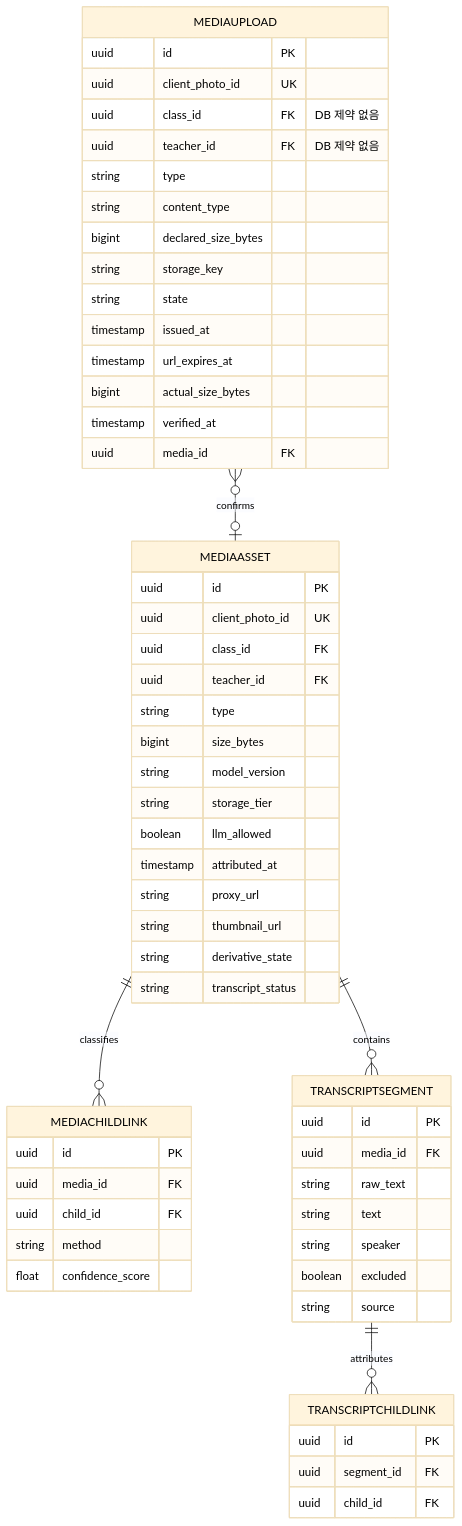
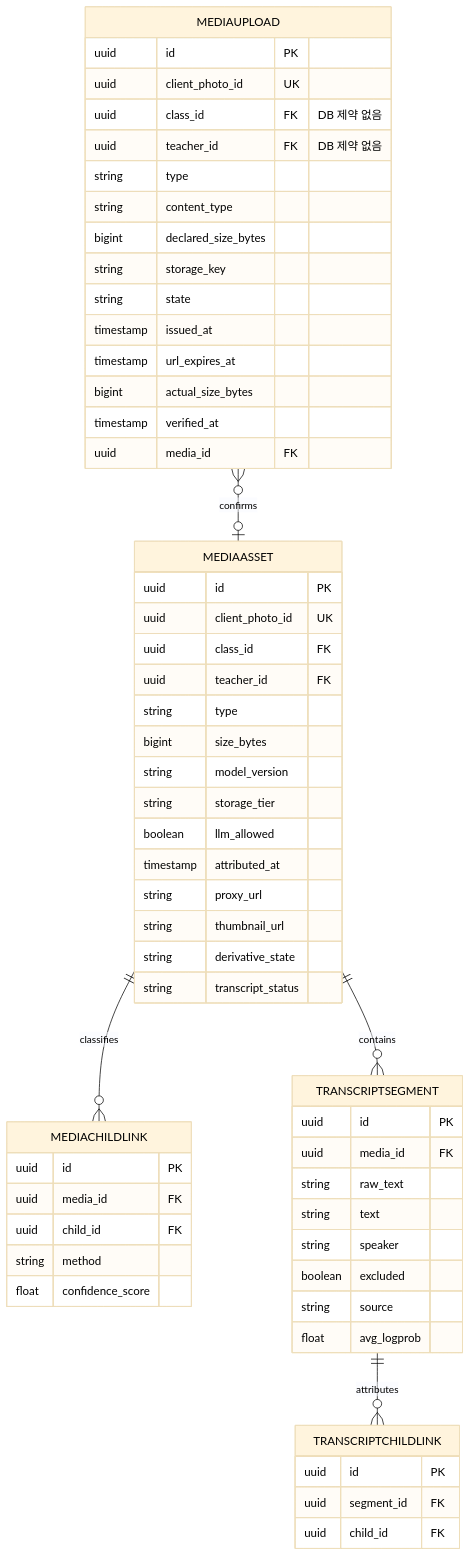
One commit to kakaotechcampus-4/ktc4-chungnam-4 changed the third of 8 diagrams in docs/테크스펙.md. Above: the diagram before and after it, drawn with Mermaid. The commit also changed other lines of this file, not shown here.

First line of the commit message:
docs: add avg_logprob to transcript segment spec

````diff
--- a/docs/테크스펙.md
+++ b/docs/테크스펙.md
@@ -530,61 +530,62 @@
 ```mermaid
 %%{init: {'theme':'base', 'themeVariables': {'primaryTextColor':'#000000','textColor':'#000000','lineColor':'#000000'}}}%%
 erDiagram
   MEDIAASSET {
     uuid id PK
     uuid client_photo_id UK
     uuid class_id FK
     uuid teacher_id FK
     string type
     bigint size_bytes
     string model_version
     string storage_tier
     boolean llm_allowed
     timestamp attributed_at
     string proxy_url
     string thumbnail_url
     string derivative_state
     string transcript_status
   }
   MEDIAUPLOAD {
     uuid id PK
     uuid client_photo_id UK
     uuid class_id FK "DB 제약 없음"
     uuid teacher_id FK "DB 제약 없음"
     string type
     string content_type
     bigint declared_size_bytes
     string storage_key
     string state
     timestamp issued_at
     timestamp url_expires_at
     bigint actual_size_bytes
     timestamp verified_at
     uuid media_id FK
   }
   MEDIACHILDLINK {
     uuid id PK
     uuid media_id FK
     uuid child_id FK
     string method
     float confidence_score
   }
   TRANSCRIPTSEGMENT {
     uuid id PK
     uuid media_id FK
     string raw_text
     string text
     string speaker
     boolean excluded
     string source
+    float avg_logprob
   }
   TRANSCRIPTCHILDLINK {
     uuid id PK
     uuid segment_id FK
     uuid child_id FK
   }
   MEDIAUPLOAD }o--o| MEDIAASSET : confirms
   MEDIAASSET ||--o{ MEDIACHILDLINK : classifies
   MEDIAASSET ||--o{ TRANSCRIPTSEGMENT : contains
   TRANSCRIPTSEGMENT ||--o{ TRANSCRIPTCHILDLINK : attributes
 ```
````
